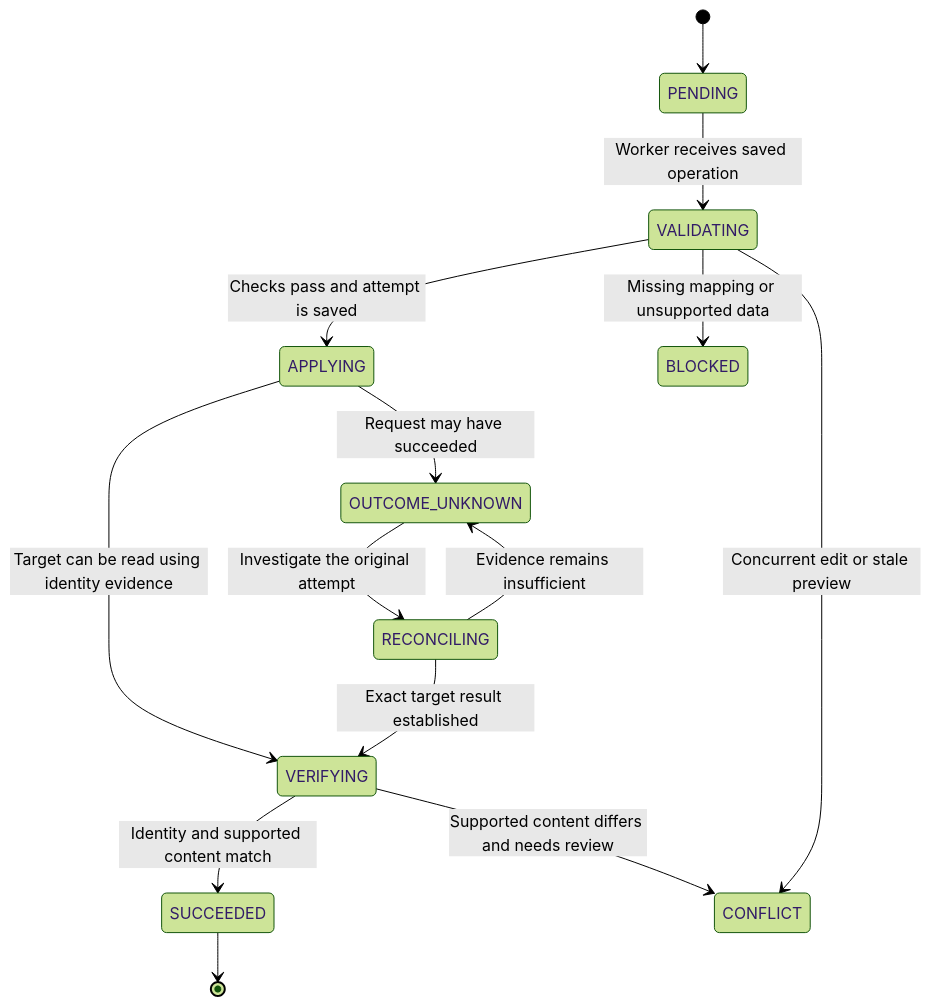
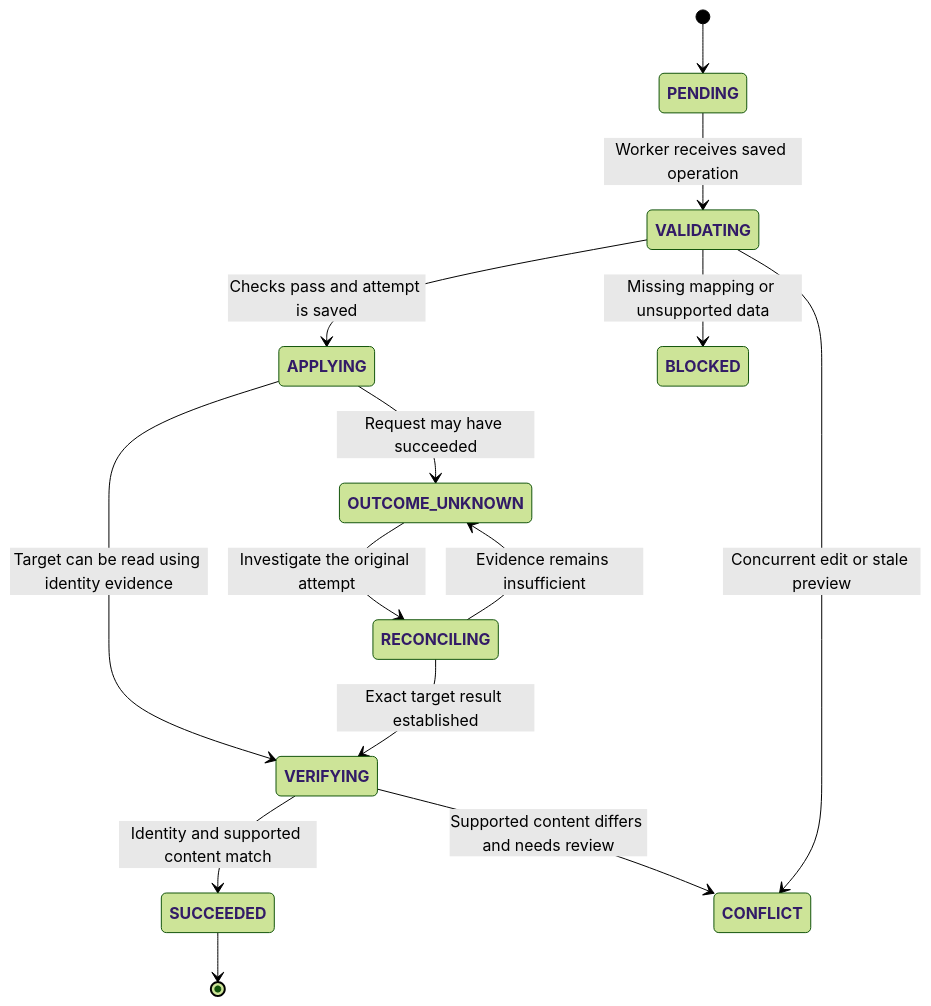
Before and after one commit to surjeetprj/tally-connector: the diagram in docs/master-sync/MASTER_SYNC_STATES.md, drawn with Mermaid (forest theme). The commit also changed other lines of this file and 31 other files, not shown here.

First line of the commit message:
docs: add reproducible SVG exports with rendered Mermaid references

````diff
--- a/docs/master-sync/MASTER_SYNC_STATES.md
+++ b/docs/master-sync/MASTER_SYNC_STATES.md
@@ -14,30 +21,32 @@
 ```mermaid
 stateDiagram-v2
+    accTitle: Master operation states
+    accDescr: Normal progress from pending to verified success, with blocked work, conflicts and reconciliation of uncertain writes.
     direction TB
     state "PENDING" as Pending
     state "VALIDATING" as Validating
     state "APPLYING" as Applying
     state "VERIFYING" as Verifying
     state "SUCCEEDED" as Succeeded
     state "BLOCKED" as Blocked
     state "CONFLICT" as Conflict
     state "OUTCOME_UNKNOWN" as Unknown
     state "RECONCILING" as Reconciling
 
     [*] --> Pending
     Pending --> Validating: Worker receives saved operation
     Validating --> Applying: Checks pass and attempt is saved
     Validating --> Blocked: Missing mapping or unsupported data
     Validating --> Conflict: Concurrent edit or stale preview
     Applying --> Verifying: Target can be read using identity evidence
     Applying --> Unknown: Request may have succeeded
     Unknown --> Reconciling: Investigate the original attempt
     Reconciling --> Verifying: Exact target result established
     Reconciling --> Unknown: Evidence remains insufficient
     Verifying --> Succeeded: Identity and supported content match
     Verifying --> Conflict: Supported content differs and needs review
     Succeeded --> [*]
 
     classDef componentLabel font-weight:bold;
-    class Pending,Validating,Applying,Verifying,Succeeded,Blocked,Conflict,Unknown,Reconciling componentLabel;
+    class Pending,Validating,Applying,Verifying,Succeeded,Blocked,Conflict,Unknown,Reconciling componentLabel
 ```
````
